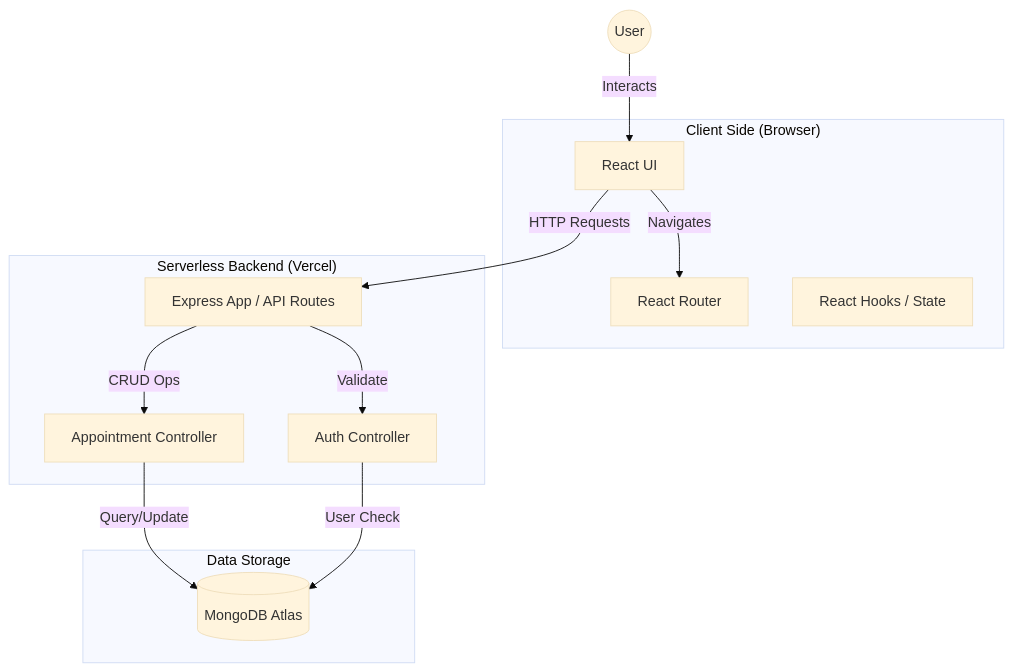
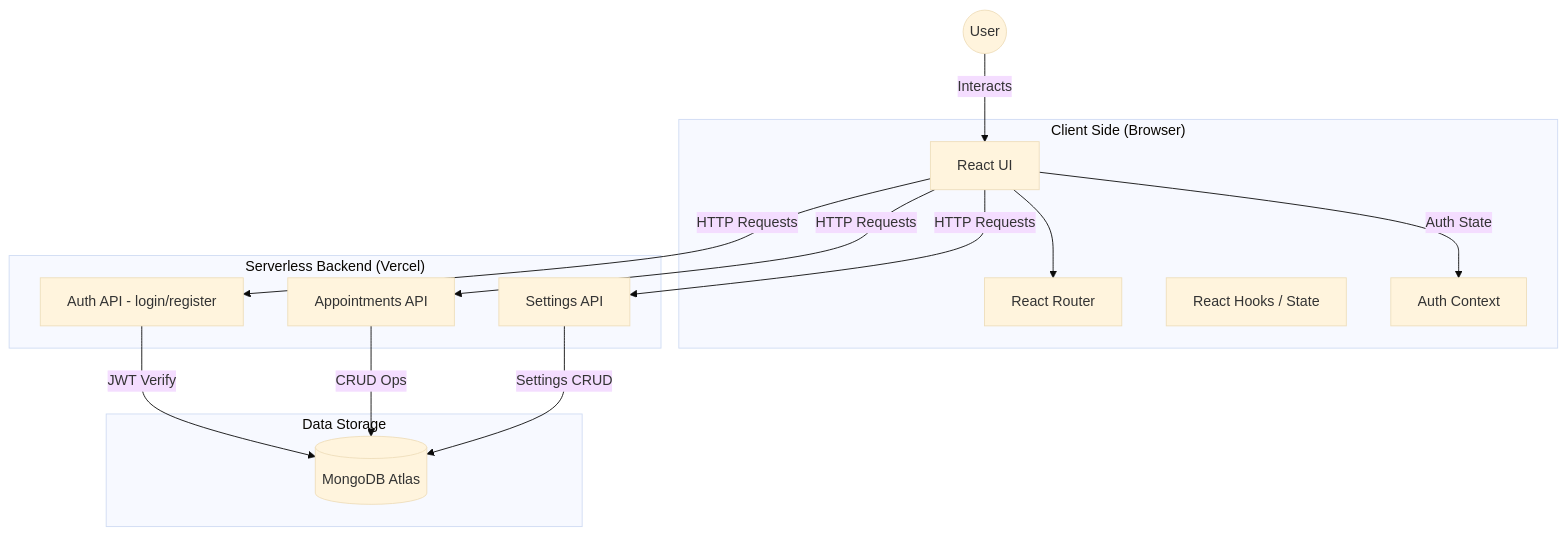
Before and after one commit to kursat-dev/Berber-Randevu-Sistemi: the first of 2 diagrams in README.md, drawn with Mermaid (base theme). The commit also changed other lines of this file, not shown here.

````diff
--- a/README.md
+++ b/README.md
@@ -34,28 +43,30 @@
 ```mermaid
 graph TD
     subgraph Client ["Client Side (Browser)"]
         UI[React UI]
         Router[React Router]
         State[React Hooks / State]
+        AuthCtx[Auth Context]
     end
 
     subgraph Server ["Serverless Backend (Vercel)"]
-        API[Express App / API Routes]
-        Auth[Auth Controller]
-        Apt[Appointment Controller]
+        AuthAPI[Auth API - login/register]
+        AptAPI[Appointments API]
+        SetAPI[Settings API]
     end
 
     subgraph Database ["Data Storage"]
         Mongo[(MongoDB Atlas)]
     end
 
     User((User)) -->|Interacts| UI
-    UI -->|Navigates| Router
-    UI -->|HTTP Requests| API
+    UI --> Router
+    UI -->|Auth State| AuthCtx
+    UI -->|HTTP Requests| AuthAPI
+    UI -->|HTTP Requests| AptAPI
+    UI -->|HTTP Requests| SetAPI
     
-    API -->|Validate| Auth
-    API -->|CRUD Ops| Apt
-    
-    Apt -->|Query/Update| Mongo
-    Auth -->|User Check| Mongo
+    AuthAPI -->|JWT Verify| Mongo
+    AptAPI -->|CRUD Ops| Mongo
+    SetAPI -->|Settings CRUD| Mongo
 ```
````
